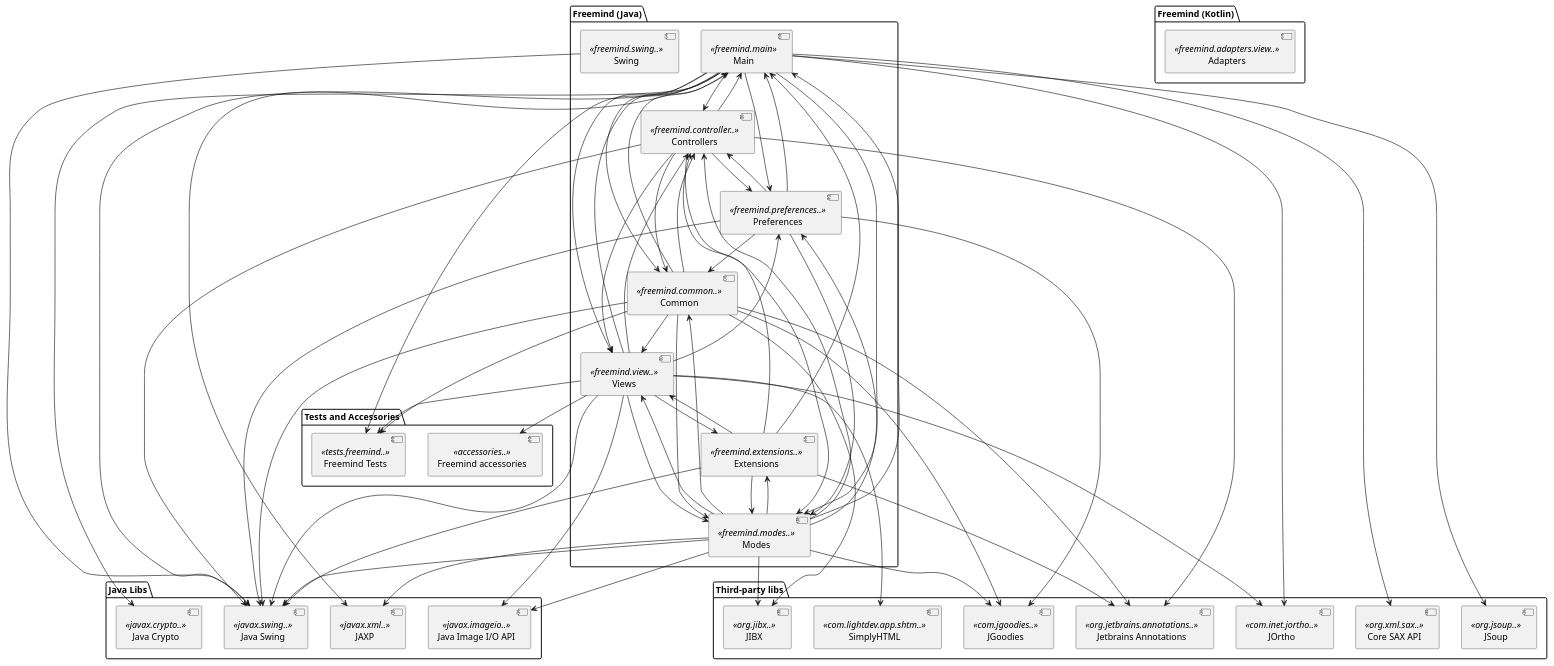
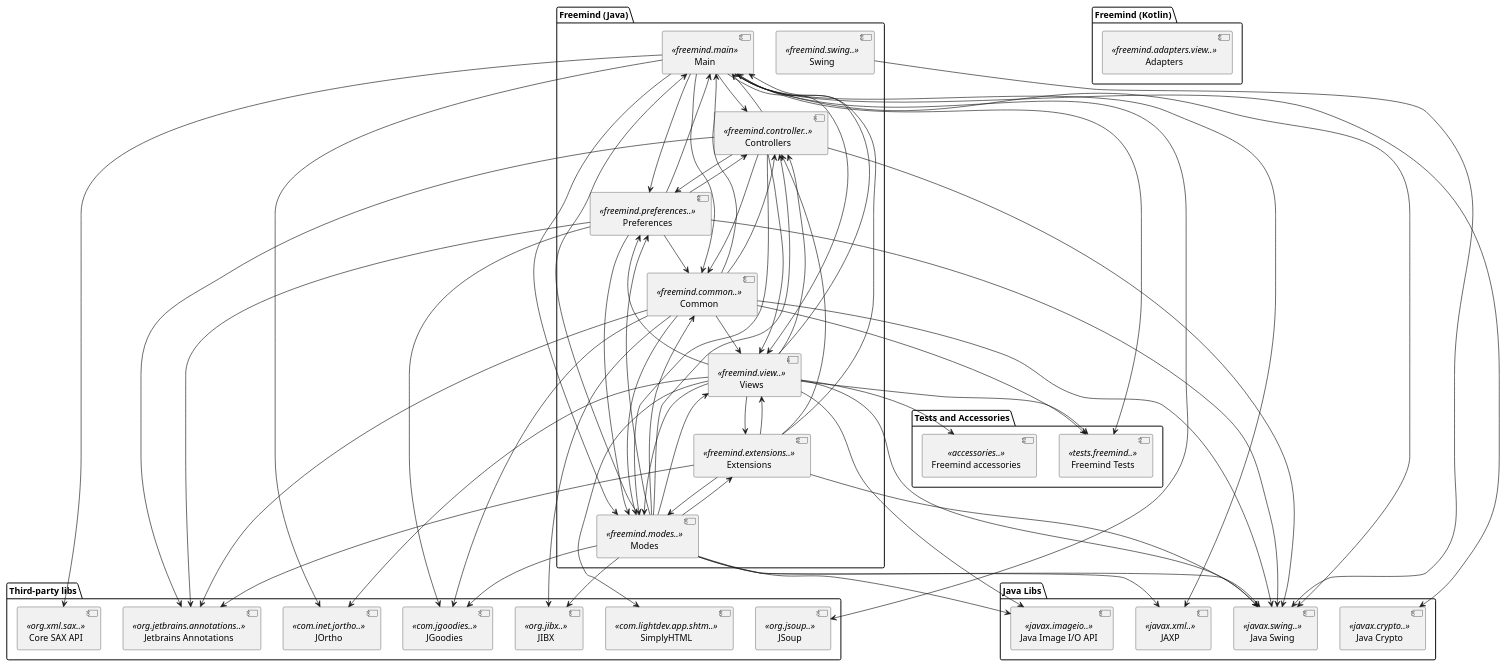
The diagram in uml/Freemind.puml (d4span/freemind-old), drawn with PlantUML before and after one commit. The commit also changed 12 other files, not shown here.

```diff
--- a/uml/Freemind.puml
+++ b/uml/Freemind.puml
@@ -1,111 +1,112 @@
 @startuml Freemind
 
 package "Freemind (Java)" {
     [Main] <<freemind.main>>
     [Controllers] <<freemind.controller..>>
     [Modes] <<freemind.modes..>>
     [Views] <<freemind.view..>>
     [Common] <<freemind.common..>>
     [Preferences] <<freemind.preferences..>>
     [Extensions] <<freemind.extensions..>>
     [Swing] <<freemind.swing..>>
 }
 
 package "Freemind (Kotlin)" {
     [Adapters] <<freemind.adapters.view..>>
 }
 
 package "Tests and Accessories" {
     [Freemind Tests] <<tests.freemind..>>
     [Freemind accessories] <<accessories..>>
 }
 
 package "Java Libs" {
     [Java Swing] <<javax.swing..>>
     [JAXP] <<javax.xml..>>
     [Java Crypto] <<javax.crypto..>>
     [Java Image I/O API] <<javax.imageio..>>
 }
 
 package "Third-party libs" {
     [JSoup] <<org.jsoup..>>
     [JOrtho] <<com.inet.jortho..>>
     [SimplyHTML] <<com.lightdev.app.shtm..>>
     [JIBX] <<org.jibx..>>
     [JGoodies] <<com.jgoodies..>>
     [Core SAX API] <<org.xml.sax..>>
     [Jetbrains Annotations] <<org.jetbrains.annotations..>>
 }
 
 [Swing] --> [Java Swing]
 
 [Common] --> [Main]
 [Common] --> [Modes]
 [Common] --> [Controllers]
 [Common] --> [Views]
 [Common] --> [Freemind Tests]
 [Common] --> [Java Swing]
 [Common] --> [JIBX]
 [Common] --> [JGoodies]
 [Common] --> [Jetbrains Annotations]
 
 [Controllers] --> [Views]
 [Controllers] --> [Common]
 [Controllers] --> [Main]
 [Controllers] --> [Modes]
 [Controllers] --> [Preferences]
 [Controllers] --> [Java Swing]
 [Controllers] --> [Jetbrains Annotations]
 
 [Extensions] --> [Main]
 [Extensions] --> [Views]
 [Extensions] --> [Controllers]
 [Extensions] --> [Modes]
 [Extensions] --> [Java Swing]
 [Extensions] --> [Jetbrains Annotations]
 
 [Views] --> [Controllers]
 [Views] --> [Extensions]
 [Views] --> [Freemind accessories]
 [Views] --> [Freemind Tests]
 [Views] --> [Java Swing]
 [Views] --> [Java Image I/O API]
 [Views] --> [Modes]
 [Views] --> [Main]
 [Views] --> [Preferences]
 [Views] --> [JOrtho]
 [Views] --> [SimplyHTML]
 
 [Preferences] --> [Common]
 [Preferences] --> [Main]
 [Preferences] --> [Modes]
 [Preferences] --> [JGoodies]
 [Preferences] --> [Controllers]
 [Preferences] --> [Java Swing]
+[Preferences] --> [Jetbrains Annotations]
 
 [Modes] --> [Preferences]
 [Modes] --> [Controllers]
 [Modes] --> [Views]
 [Modes] --> [Main]
 [Modes] --> [Extensions]
 [Modes] --> [Common]
 [Modes] --> [Java Swing]
 [Modes] --> [JAXP]
 [Modes] --> [JIBX]
 [Modes] --> [Java Image I/O API]
 [Modes] --> [JGoodies]
 
 [Main] --> [Preferences]
 [Main] --> [Common]
 [Main] --> [Views]
 [Main] --> [Controllers]
 [Main] --> [Modes]
 [Main] --> [Java Swing]
 [Main] --> [JSoup]
 [Main] --> [JAXP]
 [Main] --> [Java Crypto]
 [Main] --> [JOrtho]
 [Main] --> [Core SAX API]
 [Main] --> [Freemind Tests]
 
 @enduml
```
